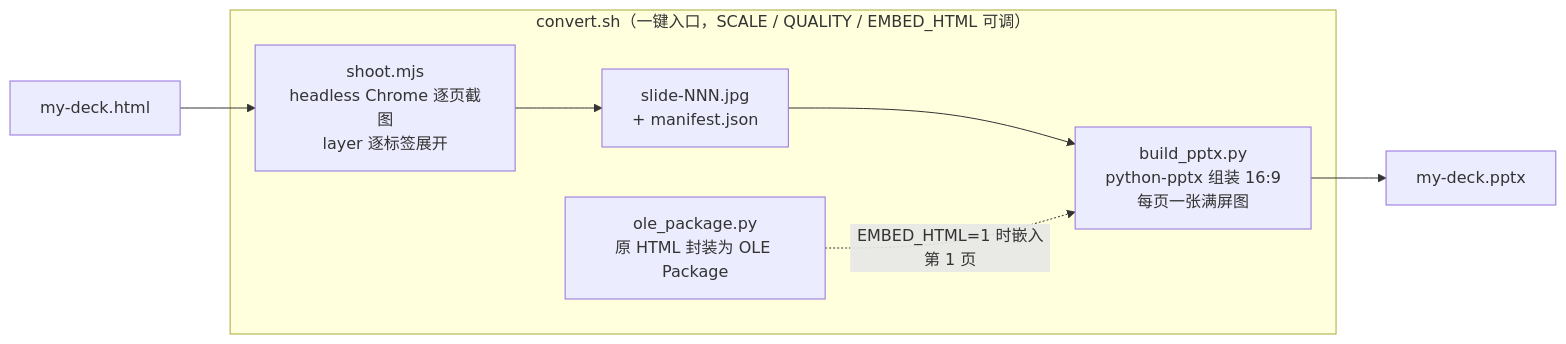
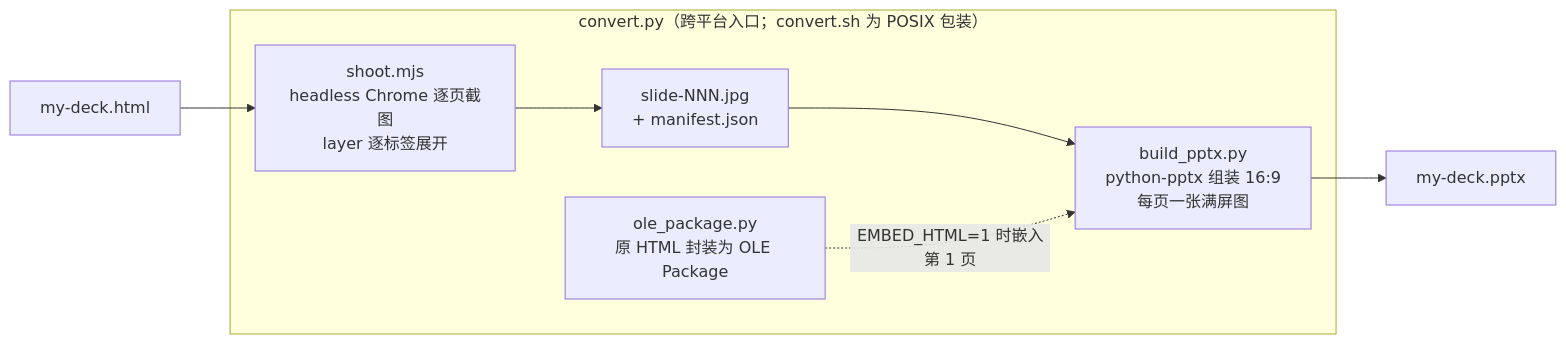
The fourth of 8 diagrams in docs/architecture.md (StyleAIPro/Nice-Deck), drawn with Mermaid before and after one commit. The commit also changed other lines of this file and 213 other files, not shown here.

````diff
--- a/docs/architecture.md
+++ b/docs/architecture.md
@@ -135,10 +135,10 @@
 ```mermaid
 flowchart LR
     IN["my-deck.html"] --> SH
-    subgraph CV ["convert.sh（一键入口，SCALE / QUALITY / EMBED_HTML 可调）"]
+    subgraph CV ["convert.py（跨平台入口；convert.sh 为 POSIX 包装）"]
         SH["shoot.mjs<br/>headless Chrome 逐页截图<br/>layer 逐标签展开"] --> IMG["slide-NNN.jpg<br/>+ manifest.json"]
         IMG --> BP["build_pptx.py<br/>python-pptx 组装 16:9<br/>每页一张满屏图"]
         OLE["ole_package.py<br/>原 HTML 封装为 OLE Package"] -.->|"EMBED_HTML=1 时嵌入第 1 页"| BP
     end
     BP --> OUT["my-deck.pptx"]
 ```
````
